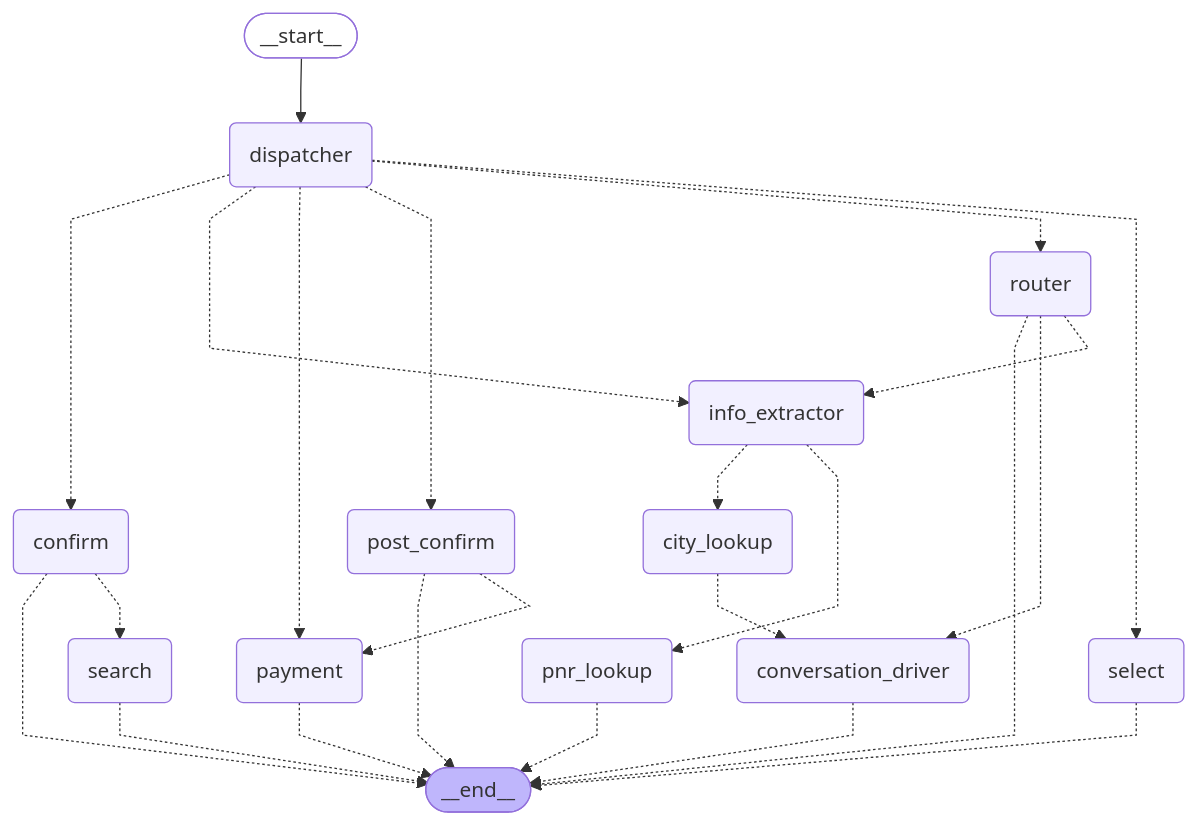
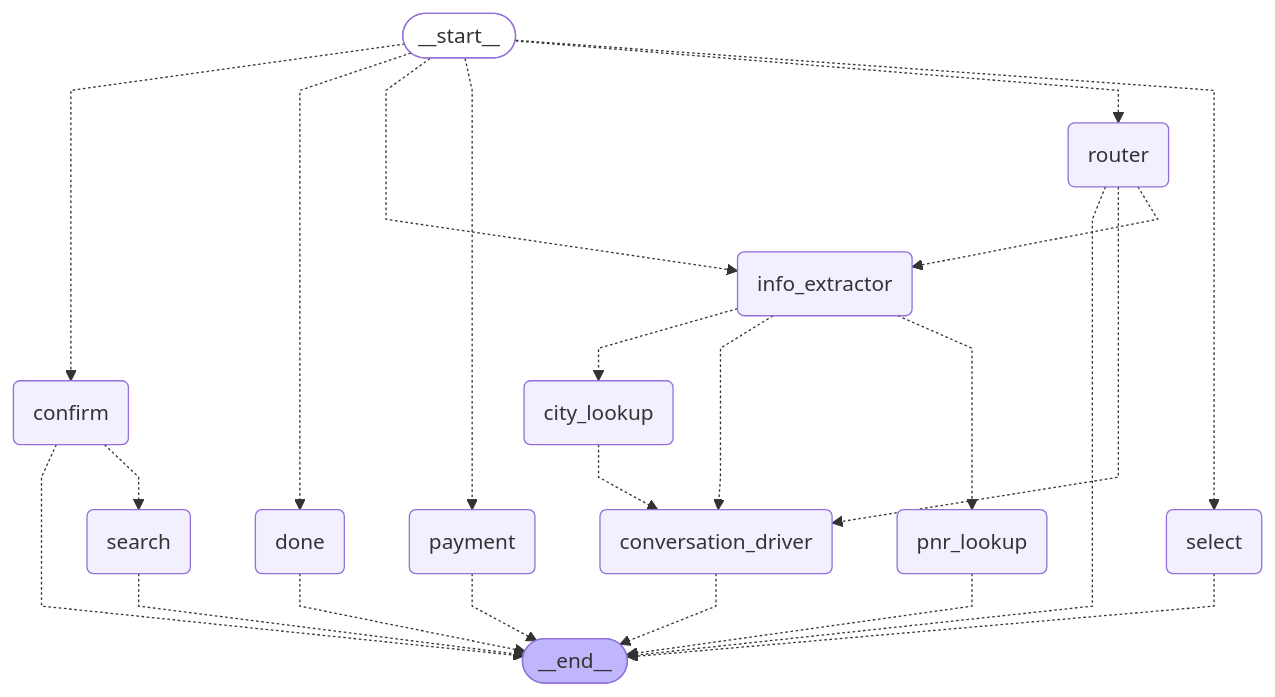
One commit to nagyist/agentic-ai-usecases changed the diagram in advanced/flight-booking-assistant/graph_diagram.md. Above: the diagram before and after it, drawn with Mermaid. The commit also changed 9 other files, not shown here.

Commit message:
updated architecture

````diff
--- a/advanced/flight-booking-assistant/graph_diagram.md
+++ b/advanced/flight-booking-assistant/graph_diagram.md
@@ -3,47 +3,45 @@
 ```mermaid
 ---
 config:
   flowchart:
     curve: linear
 ---
 graph TD;
 	__start__([<p>__start__</p>]):::first
-	dispatcher(dispatcher)
 	router(router)
 	info_extractor(info_extractor)
 	city_lookup(city_lookup)
 	conversation_driver(conversation_driver)
 	confirm(confirm)
 	search(search)
 	select(select)
-	post_confirm(post_confirm)
 	payment(payment)
 	pnr_lookup(pnr_lookup)
+	done(done)
 	__end__([<p>__end__</p>]):::last
-	__start__ --> dispatcher;
+	__start__ -.-> confirm;
+	__start__ -.-> done;
+	__start__ -.-> info_extractor;
+	__start__ -.-> payment;
+	__start__ -.-> router;
+	__start__ -.-> select;
 	city_lookup -.-> conversation_driver;
 	confirm -.-> __end__;
 	confirm -.-> search;
 	conversation_driver -.-> __end__;
-	dispatcher -.-> confirm;
-	dispatcher -.-> info_extractor;
-	dispatcher -.-> payment;
-	dispatcher -.-> post_confirm;
-	dispatcher -.-> router;
-	dispatcher -.-> select;
+	done -.-> __end__;
 	info_extractor -.-> city_lookup;
+	info_extractor -.-> conversation_driver;
 	info_extractor -.-> pnr_lookup;
 	payment -.-> __end__;
 	pnr_lookup -.-> __end__;
-	post_confirm -.-> __end__;
-	post_confirm -.-> payment;
 	router -.-> __end__;
 	router -.-> conversation_driver;
 	router -.-> info_extractor;
 	search -.-> __end__;
 	select -.-> __end__;
 	classDef default fill:#f2f0ff,line-height:1.2
 	classDef first fill-opacity:0
 	classDef last fill:#bfb6fc
 
 ```
````
